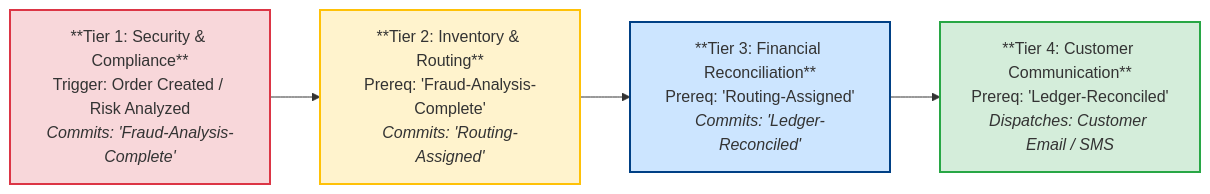
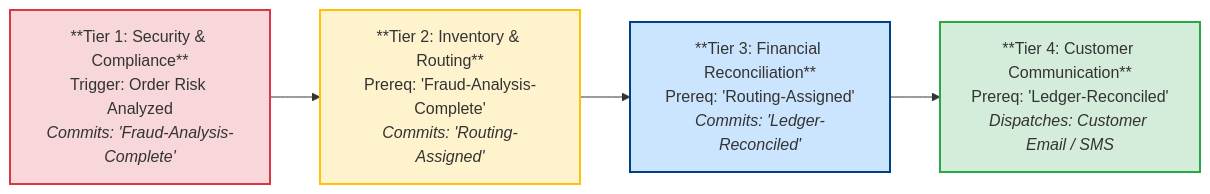
Before and after one commit to riovicsusas/portfolio: the sixth of 6 diagrams in domain-4-business-automation/MasterDossier-Domain4-WebhookAutomationAndFlowTriage.md, drawn with Mermaid. The commit also changed other lines of this file and 1 other file, not shown here.

````diff
--- a/domain-4-business-automation/MasterDossier-Domain4-WebhookAutomationAndFlowTriage.md
+++ b/domain-4-business-automation/MasterDossier-Domain4-WebhookAutomationAndFlowTriage.md
@@ -285,12 +382,12 @@
 ```mermaid
 flowchart LR
-    P1["**Tier 1: Security & Compliance**<br/>Trigger: Order Created / Risk Analyzed<br/><i>Commits: 'Fraud-Analysis-Complete'</i>"] --> P2
+    P1["**Tier 1: Security & Compliance**<br/>Trigger: Order Risk Analyzed<br/><i>Commits: 'Fraud-Analysis-Complete'</i>"] --> P2
     P2["**Tier 2: Inventory & Routing**<br/>Prereq: 'Fraud-Analysis-Complete'<br/><i>Commits: 'Routing-Assigned'</i>"] --> P3
     P3["**Tier 3: Financial Reconciliation**<br/>Prereq: 'Routing-Assigned'<br/><i>Commits: 'Ledger-Reconciled'</i>"] --> P4
     P4["**Tier 4: Customer Communication**<br/>Prereq: 'Ledger-Reconciled'<br/><i>Dispatches: Customer Email / SMS</i>"]
 
     style P1 fill:#f8d7da,stroke:#dc3545,stroke-width:2px;
     style P2 fill:#fff3cd,stroke:#ffc107,stroke-width:2px;
     style P3 fill:#cce5ff,stroke:#004085,stroke-width:2px;
     style P4 fill:#d4edda,stroke:#28a745,stroke-width:2px;
 ```
````
